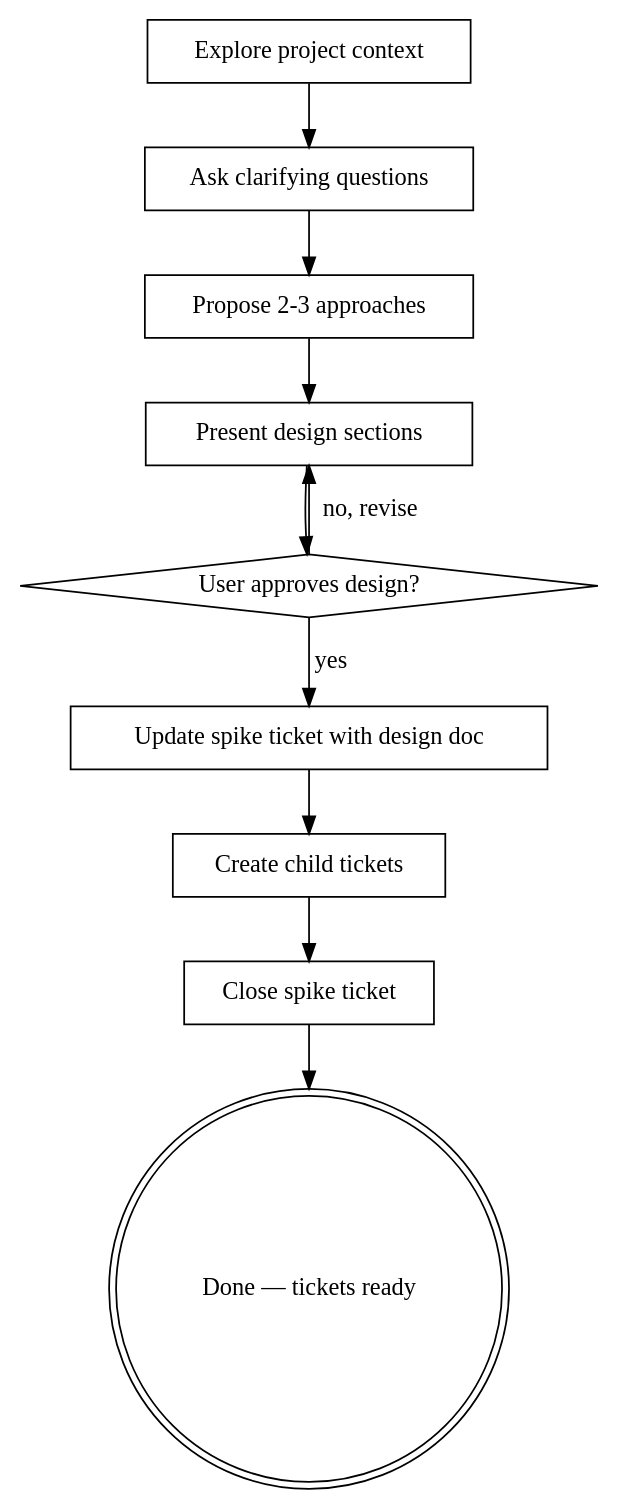
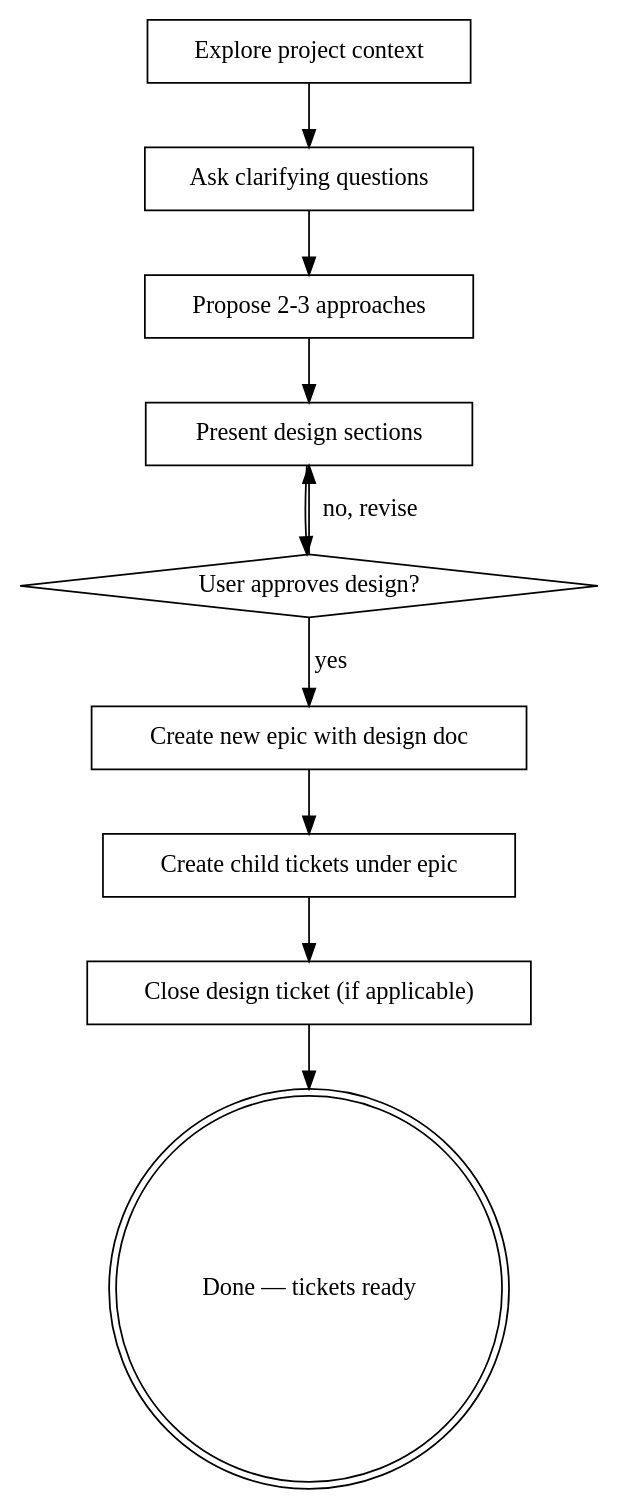
Before and after one commit to cmaher/ur: the diagram in containers/claude-worker/all-skills/design/SKILL.md, drawn with Graphviz. The commit also changed other lines of this file, not shown here.

First line of the commit message:
refactor: design skill lifecycle — close design ticket, create new epic

````diff
--- a/containers/claude-worker/all-skills/design/SKILL.md
+++ b/containers/claude-worker/all-skills/design/SKILL.md
@@ -47,23 +49,23 @@
 ```dot
 digraph brainstorming {
     "Explore project context" [shape=box];
     "Ask clarifying questions" [shape=box];
     "Propose 2-3 approaches" [shape=box];
     "Present design sections" [shape=box];
     "User approves design?" [shape=diamond];
-    "Update spike ticket with design doc" [shape=box];
-    "Create child tickets" [shape=box];
-    "Close spike ticket" [shape=box];
+    "Create new epic with design doc" [shape=box];
+    "Create child tickets under epic" [shape=box];
+    "Close design ticket (if applicable)" [shape=box];
     "Done — tickets ready" [shape=doublecircle];
 
     "Explore project context" -> "Ask clarifying questions";
     "Ask clarifying questions" -> "Propose 2-3 approaches";
     "Propose 2-3 approaches" -> "Present design sections";
     "Present design sections" -> "User approves design?";
     "User approves design?" -> "Present design sections" [label="no, revise"];
-    "User approves design?" -> "Update spike ticket with design doc" [label="yes"];
-    "Update spike ticket with design doc" -> "Create child tickets";
-    "Create child tickets" -> "Close spike ticket";
-    "Close spike ticket" -> "Done — tickets ready";
+    "User approves design?" -> "Create new epic with design doc" [label="yes"];
+    "Create new epic with design doc" -> "Create child tickets under epic";
+    "Create child tickets under epic" -> "Close design ticket (if applicable)";
+    "Close design ticket (if applicable)" -> "Done — tickets ready";
 }
 ```
````
